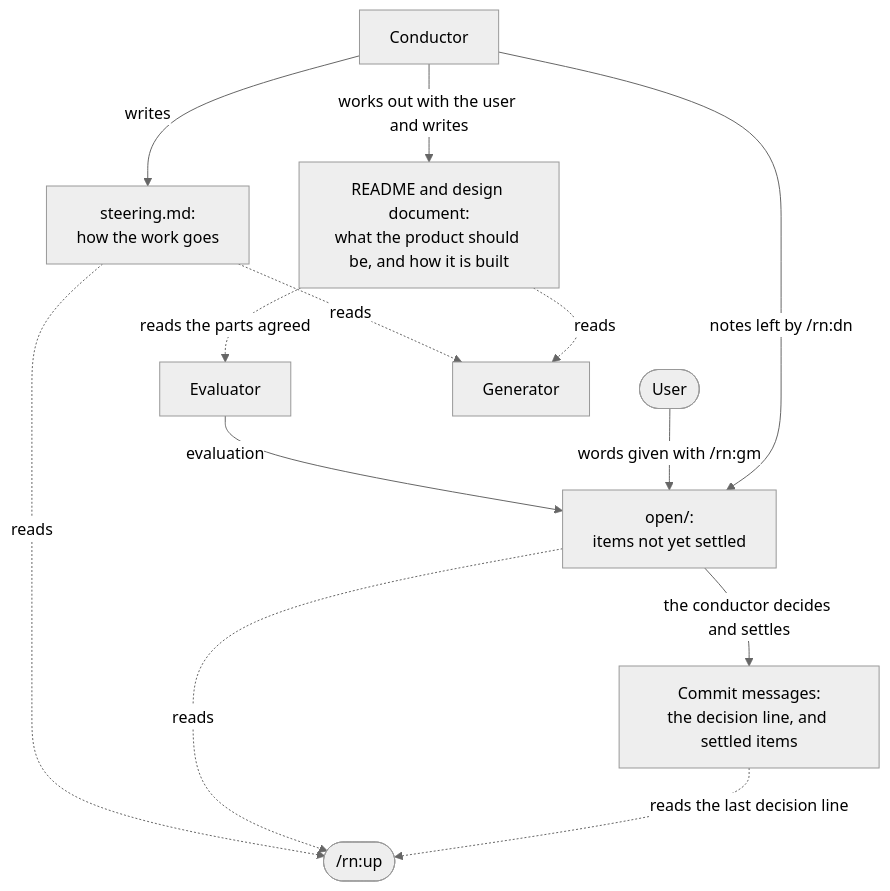
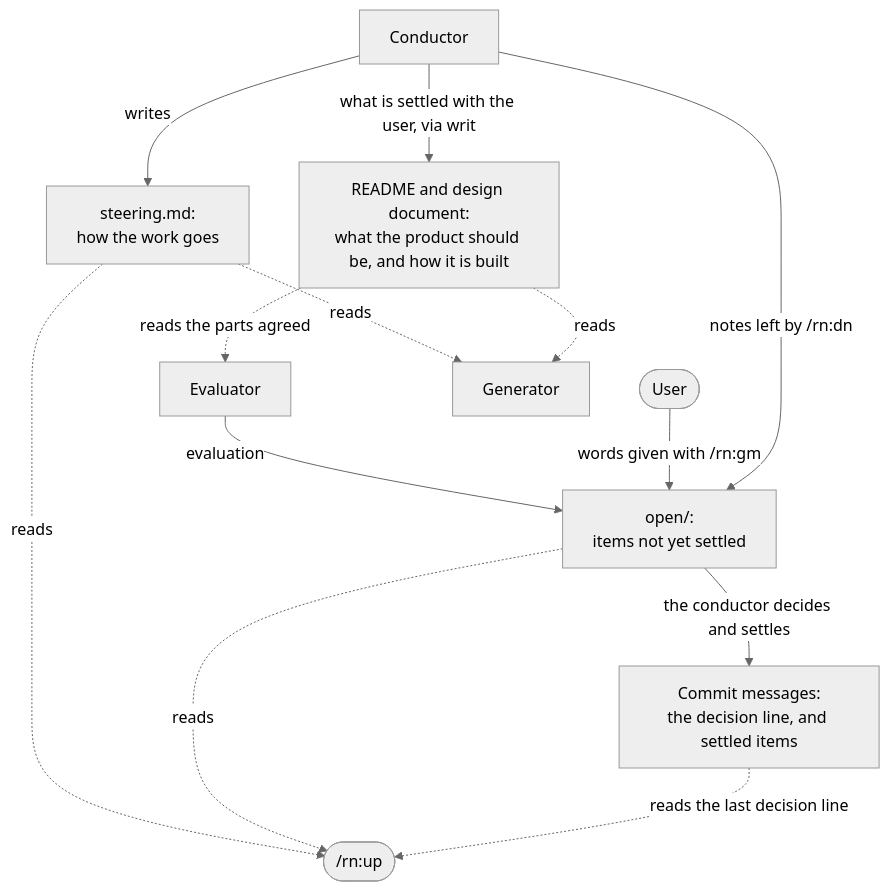
The sixth of 6 diagrams in rn/docs/design.md (lovaizu/ccpm), drawn with Mermaid (neutral theme) before and after one commit. The commit also changed other lines of this file, not shown here.

Commit message:
docs(rn): rn decides what goes into the README and design document, and writ, a plugin rn depends on, writes and checks them — their viewpoints in one place

````diff
--- a/rn/docs/design.md
+++ b/rn/docs/design.md
@@ -241,24 +245,24 @@
 ```mermaid
 flowchart TD
     U(["User"])
     C["Conductor"]
     E["Evaluator"]
     S["steering.md:<br/>how the work goes"]
     RD["README and design document:<br/>what the product should be, and how it is built"]
     O["open/:<br/>items not yet settled"]
     M["Commit messages:<br/>the decision line, and settled items"]
     C -->|"writes"| S
-    C -->|"works out with the user and writes"| RD
+    C -->|"what is settled with the user, via writ"| RD
     E -->|"evaluation"| O
     U -->|"words given with /rn:gm"| O
     C -->|"notes left by /rn:dn"| O
     O -->|"the conductor decides and settles"| M
     G["Generator"]
     UP(["/rn:up"])
     S -.->|"reads"| G
     RD -.->|"reads"| G
     RD -.->|"reads the parts agreed"| E
     S -.->|"reads"| UP
     O -.->|"reads"| UP
     M -.->|"reads the last decision line"| UP
 ```
````
